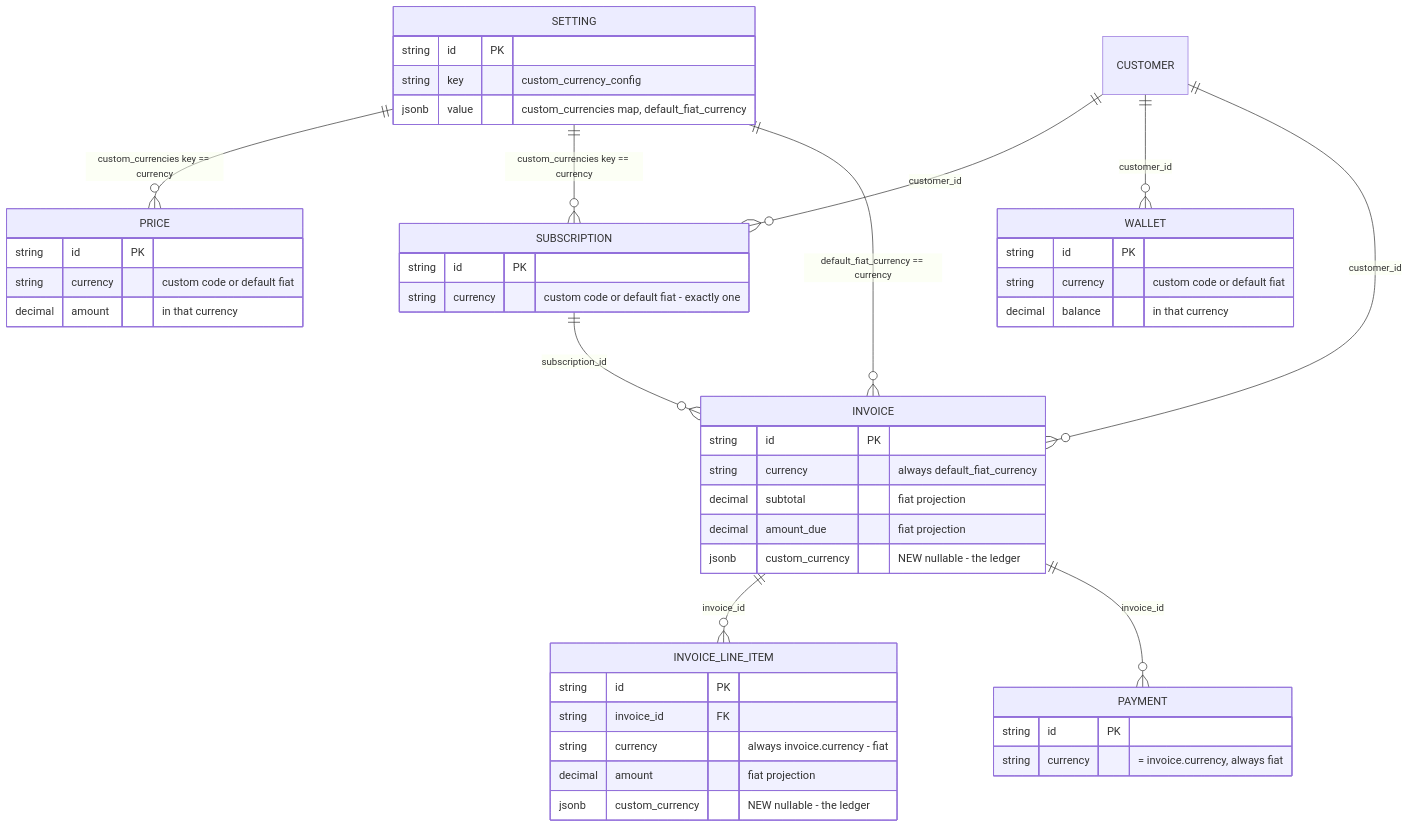
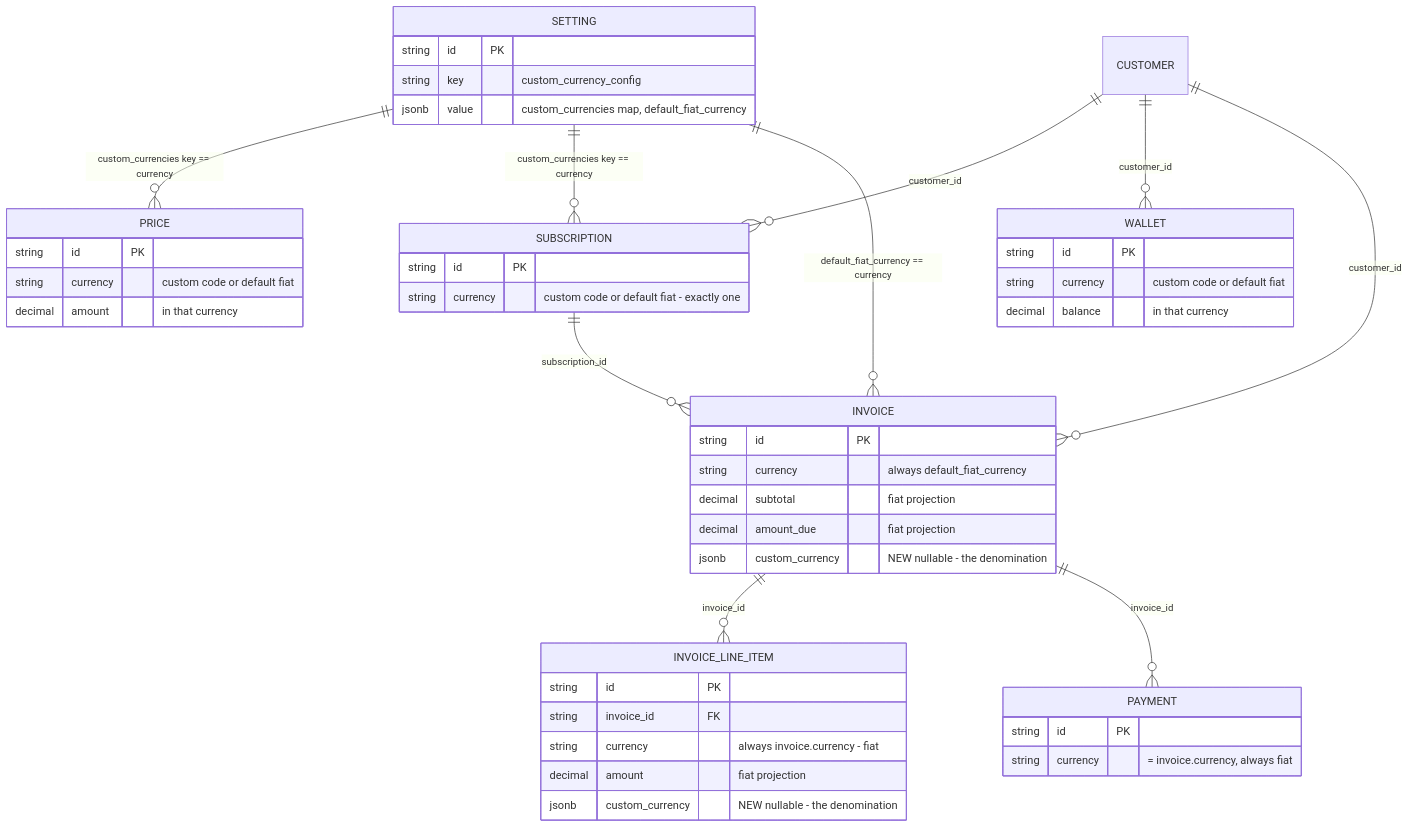
The diagram in docs/design/2026-08-27-FLE-1201-tenant-custom-currency.md (subratsahilgupta/flexprice), drawn with Mermaid before and after one commit. The commit also changed other lines of this file and 7 other files, not shown here.

````diff
--- a/docs/design/2026-08-27-FLE-1201-tenant-custom-currency.md
+++ b/docs/design/2026-08-27-FLE-1201-tenant-custom-currency.md
@@ -228,50 +235,50 @@
 ```mermaid
 erDiagram
     SETTING ||--o{ PRICE : "custom_currencies key == currency"
     SETTING ||--o{ SUBSCRIPTION : "custom_currencies key == currency"
     SETTING ||--o{ INVOICE : "default_fiat_currency == currency"
     CUSTOMER ||--o{ SUBSCRIPTION : "customer_id"
     CUSTOMER ||--o{ WALLET : "customer_id"
     CUSTOMER ||--o{ INVOICE : "customer_id"
     SUBSCRIPTION ||--o{ INVOICE : "subscription_id"
     INVOICE ||--o{ INVOICE_LINE_ITEM : "invoice_id"
     INVOICE ||--o{ PAYMENT : "invoice_id"
 
     SETTING {
         string id PK
         string key "custom_currency_config"
         jsonb value "custom_currencies map, default_fiat_currency"
     }
     PRICE {
         string id PK
         string currency "custom code or default fiat"
         decimal amount "in that currency"
     }
     SUBSCRIPTION {
         string id PK
         string currency "custom code or default fiat - exactly one"
     }
     WALLET {
         string id PK
         string currency "custom code or default fiat"
         decimal balance "in that currency"
     }
     INVOICE {
         string id PK
         string currency "always default_fiat_currency"
         decimal subtotal "fiat projection"
         decimal amount_due "fiat projection"
-        jsonb custom_currency "NEW nullable - the ledger"
+        jsonb custom_currency "NEW nullable - the denomination"
     }
     INVOICE_LINE_ITEM {
         string id PK
         string invoice_id FK
         string currency "always invoice.currency - fiat"
         decimal amount "fiat projection"
-        jsonb custom_currency "NEW nullable - the ledger"
+        jsonb custom_currency "NEW nullable - the denomination"
     }
     PAYMENT {
         string id PK
         string currency "= invoice.currency, always fiat"
     }
 ```
````
